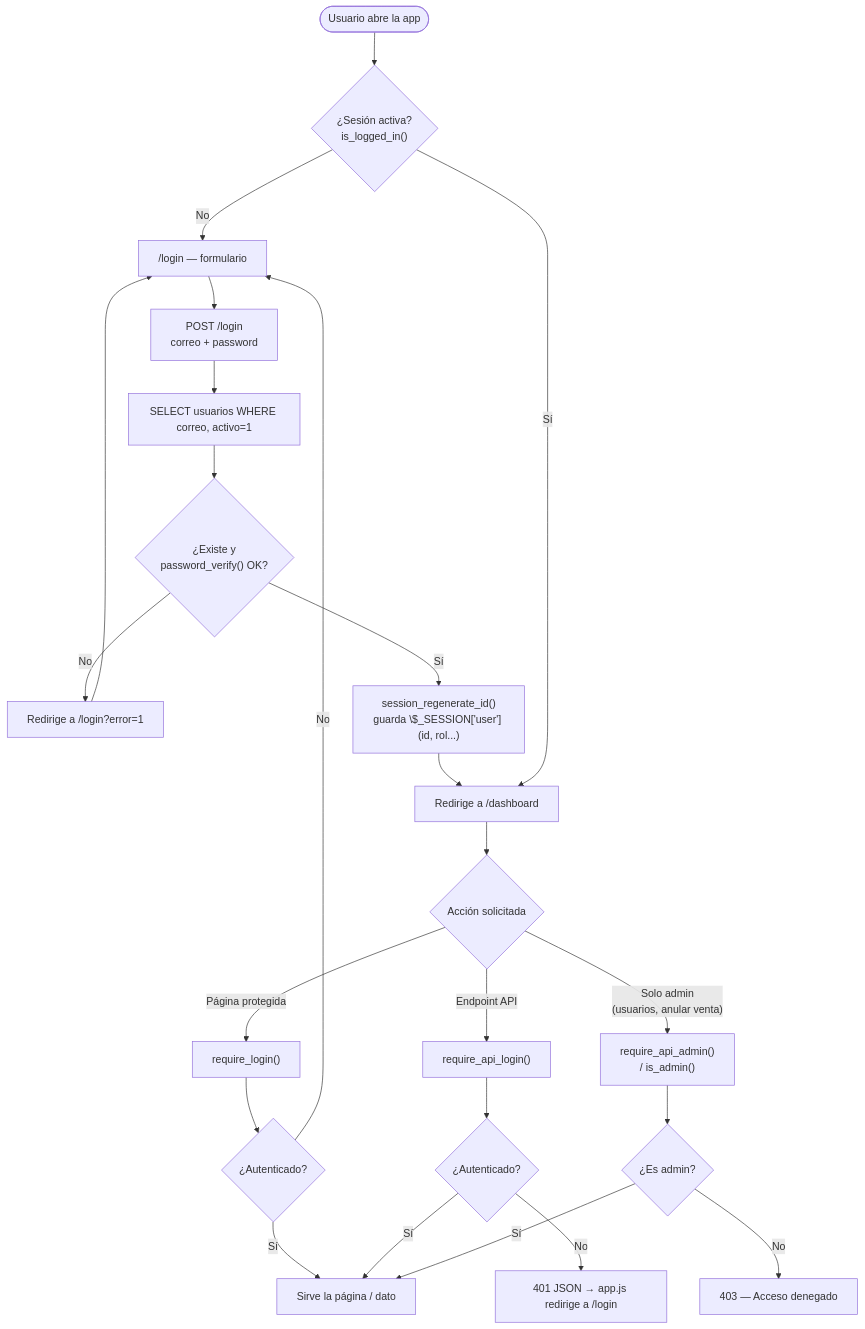
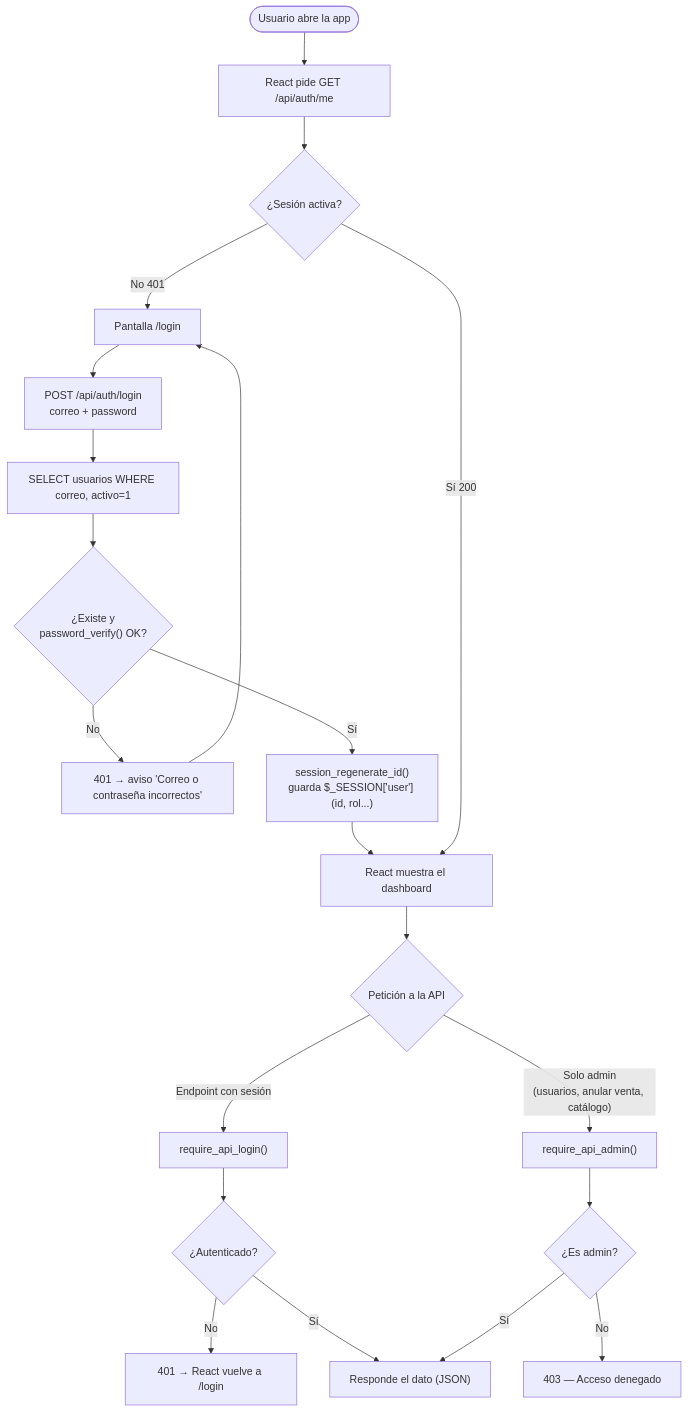
One commit to david69-js/tarea-seguridad-auditoria changed the third of 4 diagrams in docs/DIAGRAMA_FLUJO.md. Above: the diagram before and after it, drawn with Mermaid. The commit also changed other lines of this file and 41 other files, not shown here.

First line of the commit message:
Refactor POS and sales flow: remove invoice generation, update client handling, and adjust reports

````diff
--- a/docs/DIAGRAMA_FLUJO.md
+++ b/docs/DIAGRAMA_FLUJO.md
@@ -96,29 +90,24 @@
 ```mermaid
 flowchart TD
-    A([Usuario abre la app]) --> B{"¿Sesión activa?<br/>is_logged_in()"}
-    B -->|No| C["/login — formulario"]
-    C --> D["POST /login<br/>correo + password"]
-    D --> E["SELECT usuarios WHERE correo, activo=1"]
-    E --> F{"¿Existe y<br/>password_verify() OK?"}
-    F -->|No| G["Redirige a /login?error=1"]
-    G --> C
-    F -->|Sí| H["session_regenerate_id()<br/>guarda \$_SESSION['user'] (id, rol...)"]
-    H --> I["Redirige a /dashboard"]
+    A([Usuario abre la app]) --> B["React pide GET /api/auth/me"]
+    B --> C{"¿Sesión activa?"}
+    C -->|No 401| D["Pantalla /login"]
+    D --> E["POST /api/auth/login<br/>correo + password"]
+    E --> F["SELECT usuarios WHERE correo, activo=1"]
+    F --> G{"¿Existe y<br/>password_verify() OK?"}
+    G -->|No| H["401 → aviso 'Correo o contraseña incorrectos'"]
+    H --> D
+    G -->|Sí| I["session_regenerate_id()<br/>guarda $_SESSION['user'] (id, rol...)"]
+    I --> J["React muestra el dashboard"]
+    C -->|Sí 200| J
 
-    B -->|Sí| I
-
-    I --> J{"Acción solicitada"}
-    J -->|"Página protegida"| K["require_login()"]
-    J -->|"Endpoint API"| L["require_api_login()"]
-    J -->|"Solo admin<br/>(usuarios, anular venta)"| M["require_api_admin()<br/>/ is_admin()"]
-
-    K --> N{¿Autenticado?}
-    N -->|No| C
-    N -->|Sí| O["Sirve la página / dato"]
+    J --> K{"Petición a la API"}
+    K -->|"Endpoint con sesión"| L["require_api_login()"]
+    K -->|"Solo admin<br/>(usuarios, anular venta, catálogo)"| M["require_api_admin()"]
     L --> P{¿Autenticado?}
-    P -->|No| Q["401 JSON → app.js redirige a /login"]
-    P -->|Sí| O
+    P -->|No| Q["401 → React vuelve a /login"]
+    P -->|Sí| O["Responde el dato (JSON)"]
     M --> R{¿Es admin?}
     R -->|No| S["403 — Acceso denegado"]
     R -->|Sí| O
 ```
````
